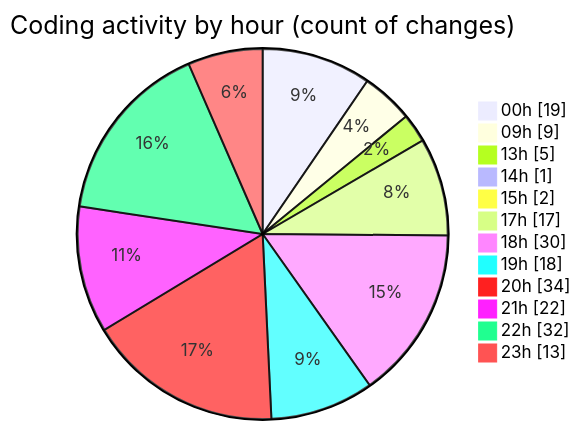
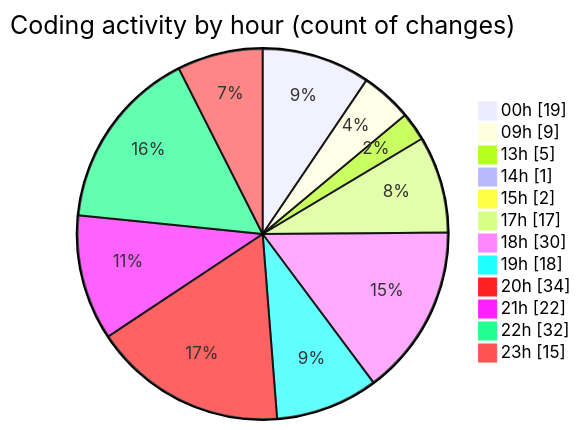
The second of 2 diagrams in 2025-08-12/ribbon/README.md (EIIisD/code-tracking), drawn with Mermaid before and after one commit. The commit also changed other lines of this file and 1 other file, not shown here.

````diff
--- a/2025-08-12/ribbon/README.md
+++ b/2025-08-12/ribbon/README.md
@@ -58,16 +58,16 @@
 ```mermaid
 pie showData
 title Coding activity by hour (count of changes)
 "00h" : 19
 "09h" : 9
 "13h" : 5
 "14h" : 1
 "15h" : 2
 "17h" : 17
 "18h" : 30
 "19h" : 18
 "20h" : 34
 "21h" : 22
 "22h" : 32
-"23h" : 13
+"23h" : 15
 ```
````
